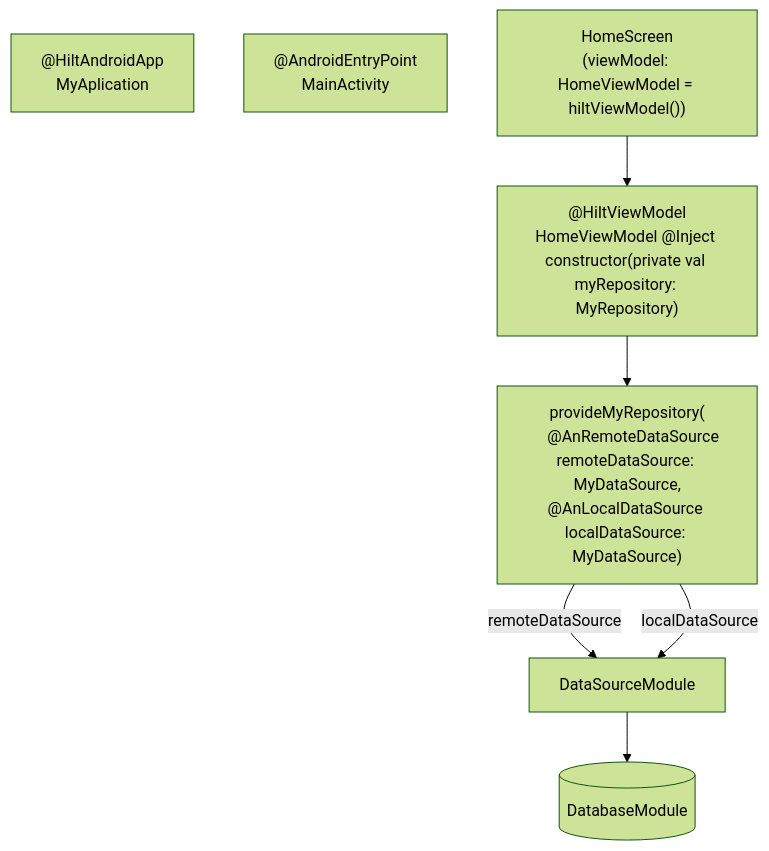
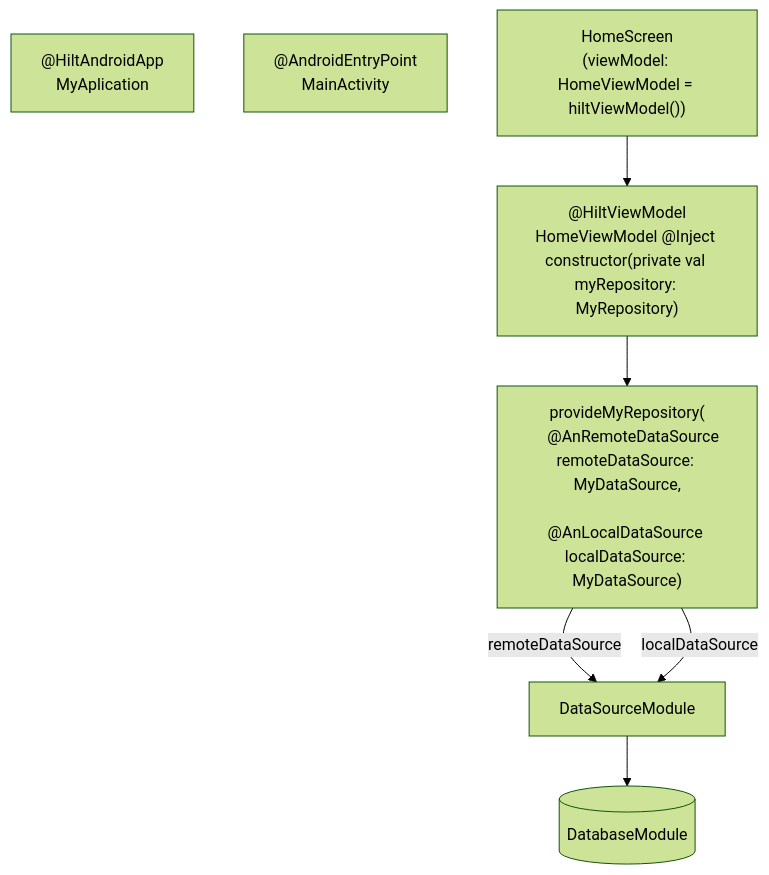
Before and after one commit to Ango1eiro/MySnippets: the diagram in Android/DI/Hilt/HiltComposeExample.md, drawn with Mermaid (forest theme).

````diff
--- a/Android/DI/Hilt/HiltComposeExample.md
+++ b/Android/DI/Hilt/HiltComposeExample.md
@@ -3,15 +3,16 @@
 ```mermaid
 
 
 
 graph TD;
     MyApplication["@HiltAndroidApp<br>MyAplication"];
     MainActivity["@AndroidEntryPoint<br>MainActivity"];
     HomeScreen["HomeScreen<br>(viewModel: HomeViewModel = hiltViewModel())"]-->HomeViewModel;
     HomeViewModel["@HiltViewModel<br>HomeViewModel @Inject constructor(private val myRepository: MyRepository)"]-->RepositoryModule;
     RepositoryModule["provideMyRepository(
-    @AnRemoteDataSource remoteDataSource: MyDataSource,<br>@AnLocalDataSource localDataSource: MyDataSource)"]--remoteDataSource-->DataSourceModule;
+    @AnRemoteDataSource remoteDataSource: MyDataSource,
+    <br>@AnLocalDataSource localDataSource: MyDataSource)"]--remoteDataSource-->DataSourceModule;
     RepositoryModule--localDataSource-->DataSourceModule;
     DataSourceModule-->DatabaseModule[(DatabaseModule)];
 
 ```
````
